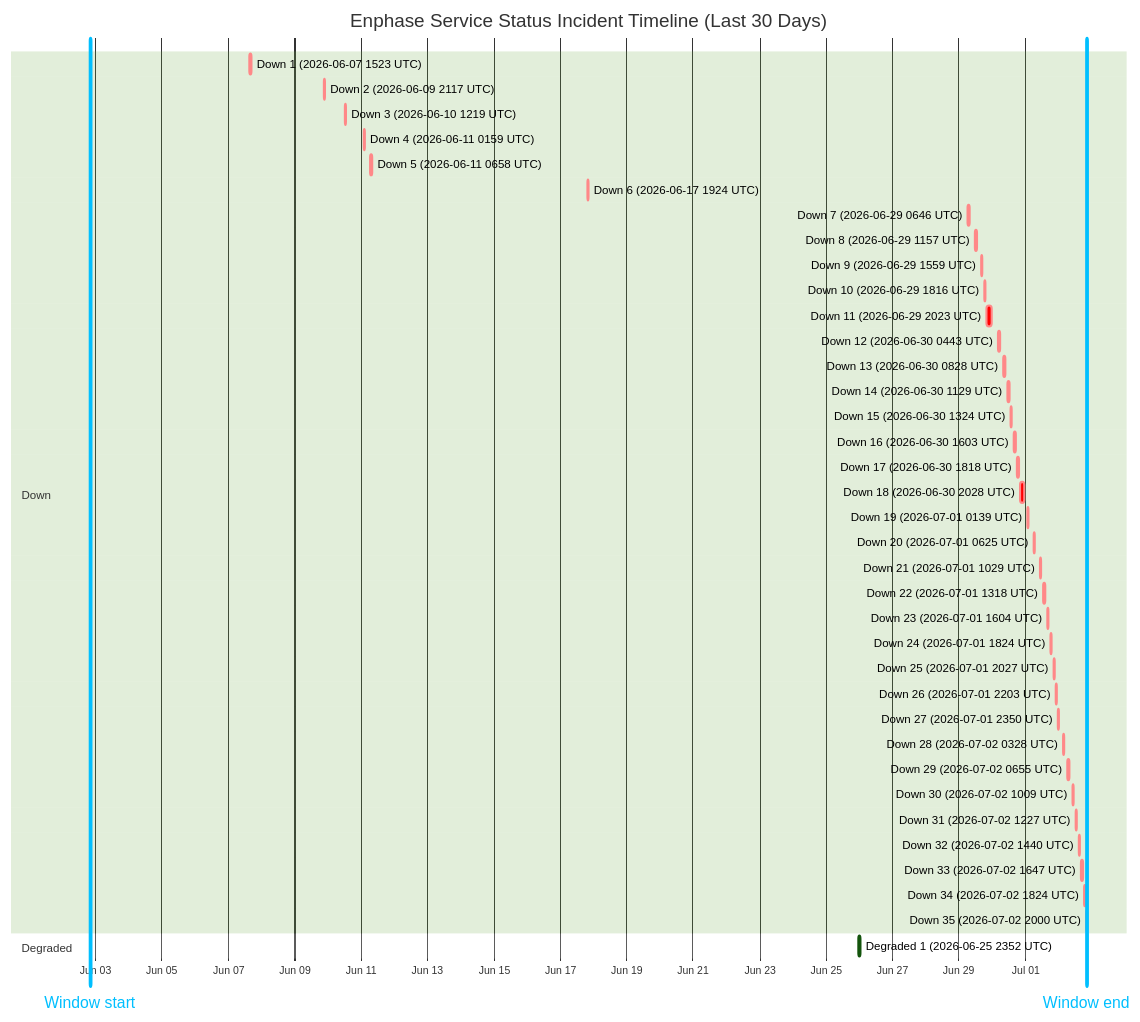
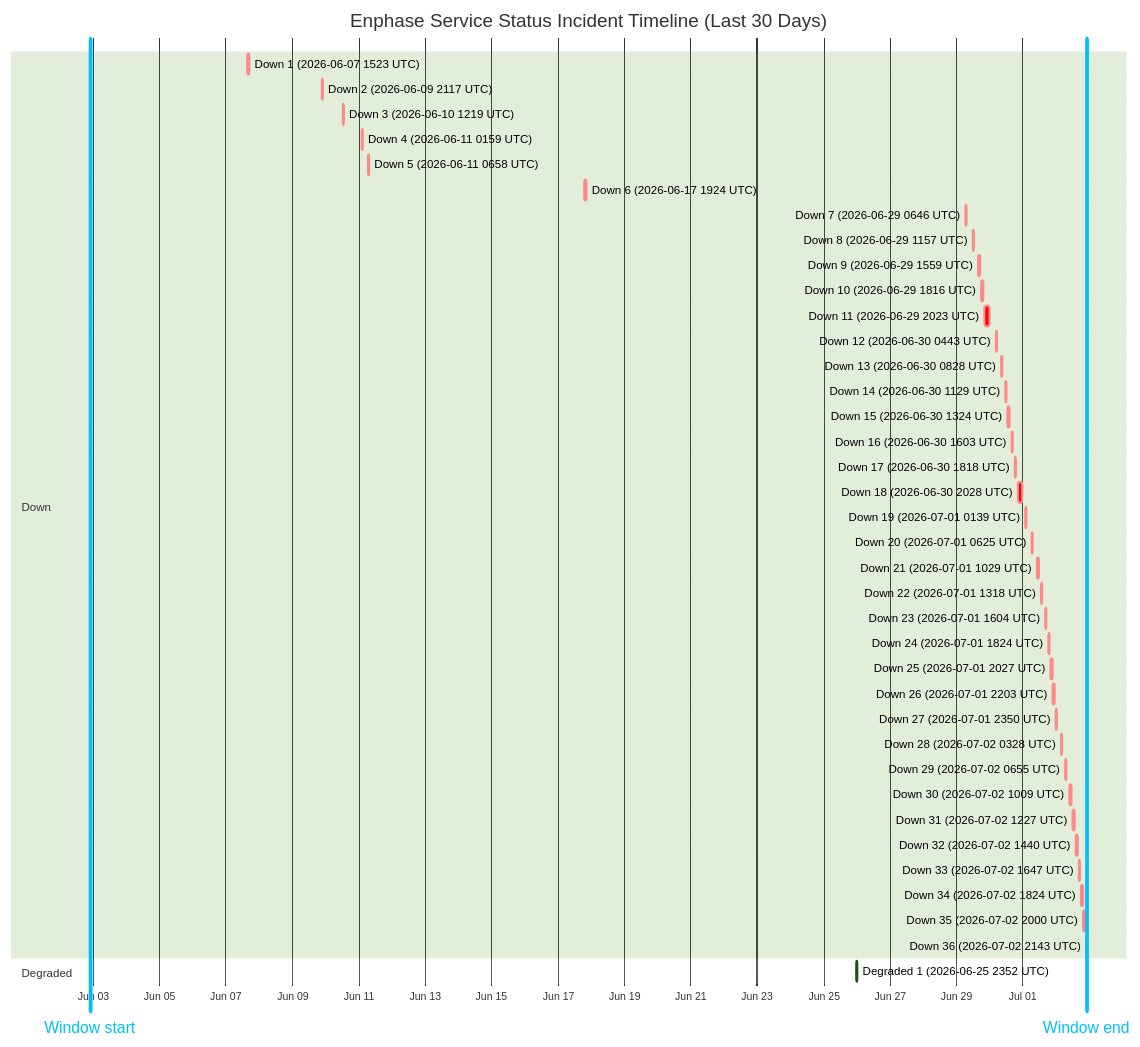
One commit to barneyonline/ha-enphase-energy changed the diagram in wiki/Service-Status-History.md. Above: the diagram before and after it, drawn with Mermaid (forest theme). The commit also changed other lines of this file and 3 other files, not shown here.

````diff
--- a/wiki/Service-Status-History.md
+++ b/wiki/Service-Status-History.md
@@ -14,46 +14,47 @@
 ```mermaid
 gantt
     title Enphase Service Status Incident Timeline (Last 30 Days)
     dateFormat  YYYY-MM-DDTHH:mm:ss
     axisFormat  %b %d
-    Window start :vert, window-start, 2026-06-02T20:00:57, 0ms
-    Window end :vert, window-end, 2026-07-02T20:00:57, 0ms
+    Window start :vert, window-start, 2026-06-02T21:43:52, 0ms
+    Window end :vert, window-end, 2026-07-02T21:43:52, 0ms
     section Down
     Down 1 (2026-06-07 1523 UTC) :crit, down-1, 2026-06-07T15:23:22, 87m
     Down 2 (2026-06-09 2117 UTC) :crit, down-2, 2026-06-09T21:17:17, 60m
     Down 3 (2026-06-10 1219 UTC) :crit, down-3, 2026-06-10T12:19:21, 60m
     Down 4 (2026-06-11 0159 UTC) :crit, down-4, 2026-06-11T01:59:36, 60m
     Down 5 (2026-06-11 0658 UTC) :crit, down-5, 2026-06-11T06:58:45, 60m
     Down 6 (2026-06-17 1924 UTC) :crit, down-6, 2026-06-17T19:24:51, 60m
     Down 7 (2026-06-29 0646 UTC) :crit, down-7, 2026-06-29T06:46:18, 60m
     Down 8 (2026-06-29 1157 UTC) :crit, down-8, 2026-06-29T11:57:36, 60m
     Down 9 (2026-06-29 1559 UTC) :crit, down-9, 2026-06-29T15:59:02, 60m
     Down 10 (2026-06-29 1816 UTC) :crit, down-10, 2026-06-29T18:16:38, 60m
     Down 11 (2026-06-29 2023 UTC) :crit, down-11, 2026-06-29T20:23:16, 220m
     Down 12 (2026-06-30 0443 UTC) :crit, down-12, 2026-06-30T04:43:54, 60m
     Down 13 (2026-06-30 0828 UTC) :crit, down-13, 2026-06-30T08:28:43, 60m
     Down 14 (2026-06-30 1129 UTC) :crit, down-14, 2026-06-30T11:29:15, 60m
     Down 15 (2026-06-30 1324 UTC) :crit, down-15, 2026-06-30T13:24:25, 60m
     Down 16 (2026-06-30 1603 UTC) :crit, down-16, 2026-06-30T16:03:26, 60m
     Down 17 (2026-06-30 1818 UTC) :crit, down-17, 2026-06-30T18:18:39, 60m
     Down 18 (2026-06-30 2028 UTC) :crit, down-18, 2026-06-30T20:28:54, 171m
     Down 19 (2026-07-01 0139 UTC) :crit, down-19, 2026-07-01T01:39:18, 60m
     Down 20 (2026-07-01 0625 UTC) :crit, down-20, 2026-07-01T06:25:35, 60m
     Down 21 (2026-07-01 1029 UTC) :crit, down-21, 2026-07-01T10:29:24, 60m
     Down 22 (2026-07-01 1318 UTC) :crit, down-22, 2026-07-01T13:18:31, 60m
     Down 23 (2026-07-01 1604 UTC) :crit, down-23, 2026-07-01T16:04:29, 60m
     Down 24 (2026-07-01 1824 UTC) :crit, down-24, 2026-07-01T18:24:21, 60m
     Down 25 (2026-07-01 2027 UTC) :crit, down-25, 2026-07-01T20:27:17, 60m
     Down 26 (2026-07-01 2203 UTC) :crit, down-26, 2026-07-01T22:03:46, 60m
     Down 27 (2026-07-01 2350 UTC) :crit, down-27, 2026-07-01T23:50:52, 60m
     Down 28 (2026-07-02 0328 UTC) :crit, down-28, 2026-07-02T03:28:33, 60m
     Down 29 (2026-07-02 0655 UTC) :crit, down-29, 2026-07-02T06:55:07, 60m
     Down 30 (2026-07-02 1009 UTC) :crit, down-30, 2026-07-02T10:09:15, 60m
     Down 31 (2026-07-02 1227 UTC) :crit, down-31, 2026-07-02T12:27:49, 60m
     Down 32 (2026-07-02 1440 UTC) :crit, down-32, 2026-07-02T14:40:53, 60m
     Down 33 (2026-07-02 1647 UTC) :crit, down-33, 2026-07-02T16:47:47, 60m
     Down 34 (2026-07-02 1824 UTC) :crit, down-34, 2026-07-02T18:24:26, 60m
     Down 35 (2026-07-02 2000 UTC) :crit, down-35, 2026-07-02T20:00:57, 60m
+    Down 36 (2026-07-02 2143 UTC) :crit, down-36, 2026-07-02T21:43:52, 60m
     section Degraded
     Degraded 1 (2026-06-25 2352 UTC) :active, degraded-1, 2026-06-25T23:52:01, 60m
 ```
````
